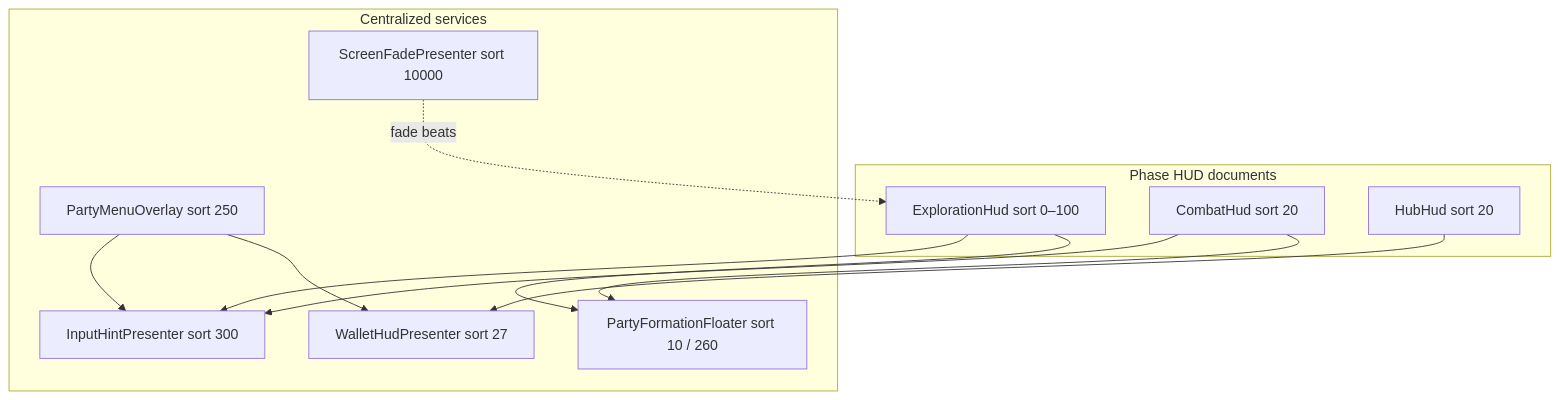
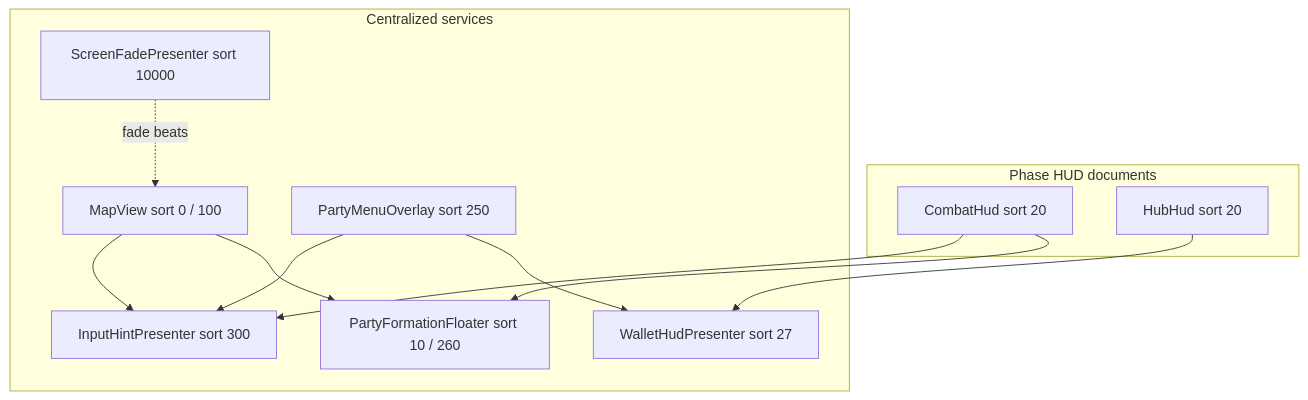
Before and after one commit to miramocha/griddungeon-design-docs: the first of 2 diagrams in docs/04-dev/centralized-ui-services.md, drawn with Mermaid. The commit also changed other lines of this file, not shown here.

First line of the commit message:
Document MapView as centralized exploration map service.

````diff
--- a/docs/04-dev/centralized-ui-services.md
+++ b/docs/04-dev/centralized-ui-services.md
@@ -21,25 +21,25 @@
 ```mermaid
 flowchart TB
   subgraph phase [Phase HUD documents]
-    EH[ExplorationHud sort 0–100]
     CH[CombatHud sort 20]
     HH[HubHud sort 20]
   end
 
   subgraph shared [Centralized services]
+    MV[MapView sort 0 / 100]
     PF[PartyFormationFloater sort 10 / 260]
     WH[WalletHudPresenter sort 27]
     PM[PartyMenuOverlay sort 250]
     IH[InputHintPresenter sort 300]
     SF[ScreenFadePresenter sort 10000]
   end
 
-  EH --> PF
+  MV --> PF
   CH --> PF
   HH --> WH
   PM --> WH
   PM --> IH
   CH --> IH
-  EH --> IH
-  SF -.->|fade beats| EH
+  MV --> IH
+  SF -.->|fade beats| MV
 ```
````
